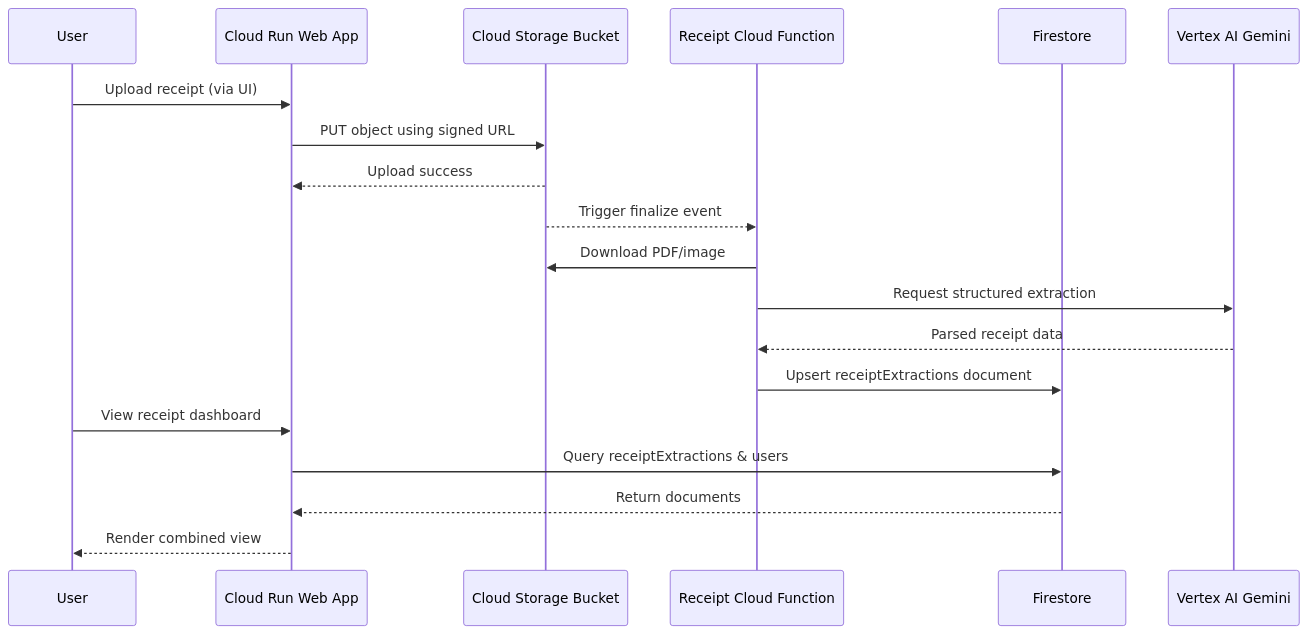
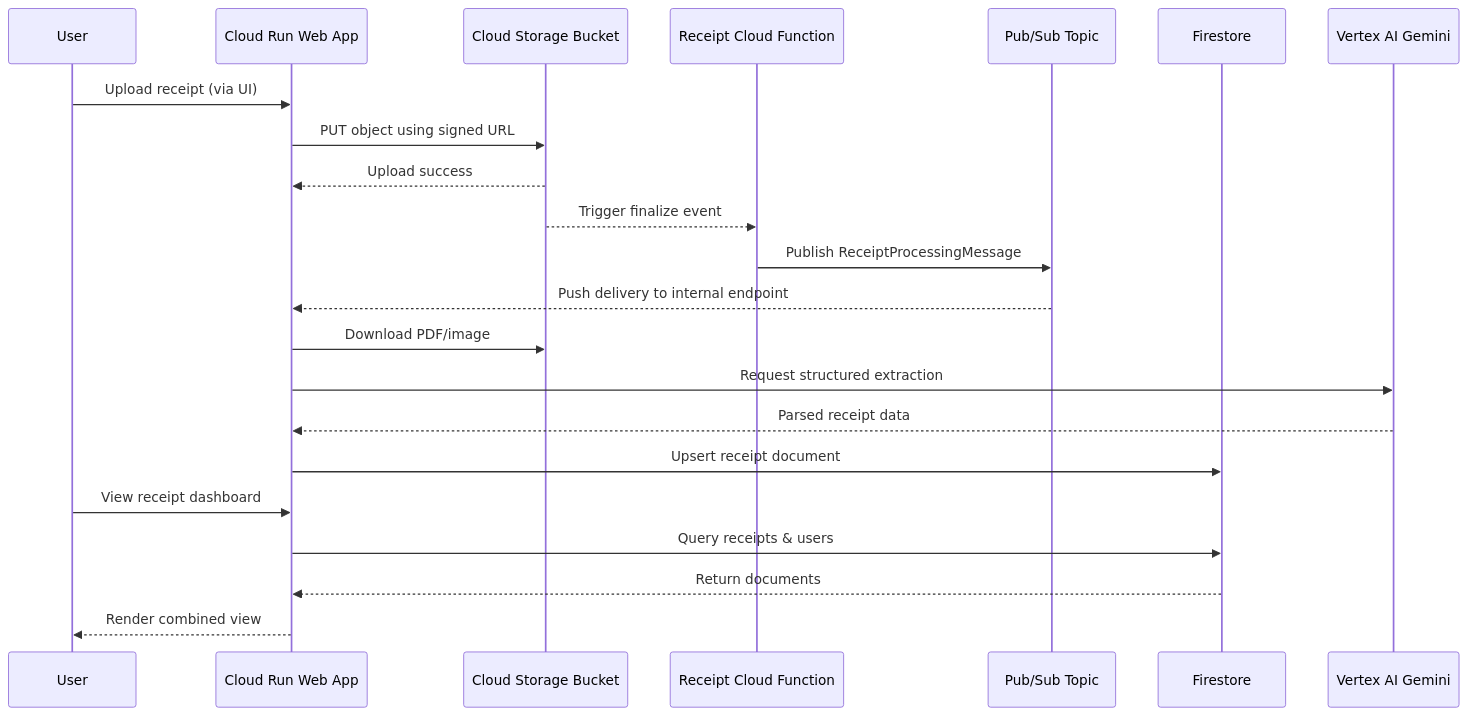
Before and after one commit to pekelund-dev/codex-test: the second of 3 diagrams in docs/system-architecture-diagrams.md, drawn with Mermaid. The commit also changed other lines of this file and 6 other files, not shown here.

````diff
--- a/docs/system-architecture-diagrams.md
+++ b/docs/system-architecture-diagrams.md
@@ -62,22 +69,25 @@
 ```mermaid
 sequenceDiagram
     participant User as User
     participant CloudRun as Cloud Run Web App
     participant Storage as Cloud Storage Bucket
     participant GCF as Receipt Cloud Function
+    participant PubSub as Pub/Sub Topic
     participant Firestore
     participant Gemini as Vertex AI Gemini
 
     User->>CloudRun: Upload receipt (via UI)
     CloudRun->>Storage: PUT object using signed URL
     Storage-->>CloudRun: Upload success
     Storage-->>GCF: Trigger finalize event
-    GCF->>Storage: Download PDF/image
-    GCF->>Gemini: Request structured extraction
-    Gemini-->>GCF: Parsed receipt data
-    GCF->>Firestore: Upsert receiptExtractions document
+    GCF->>PubSub: Publish ReceiptProcessingMessage
+    PubSub-->>CloudRun: Push delivery to internal endpoint
+    CloudRun->>Storage: Download PDF/image
+    CloudRun->>Gemini: Request structured extraction
+    Gemini-->>CloudRun: Parsed receipt data
+    CloudRun->>Firestore: Upsert receipt document
     User->>CloudRun: View receipt dashboard
-    CloudRun->>Firestore: Query receiptExtractions & users
+    CloudRun->>Firestore: Query receipts & users
     Firestore-->>CloudRun: Return documents
     CloudRun-->>User: Render combined view
 ```
````
